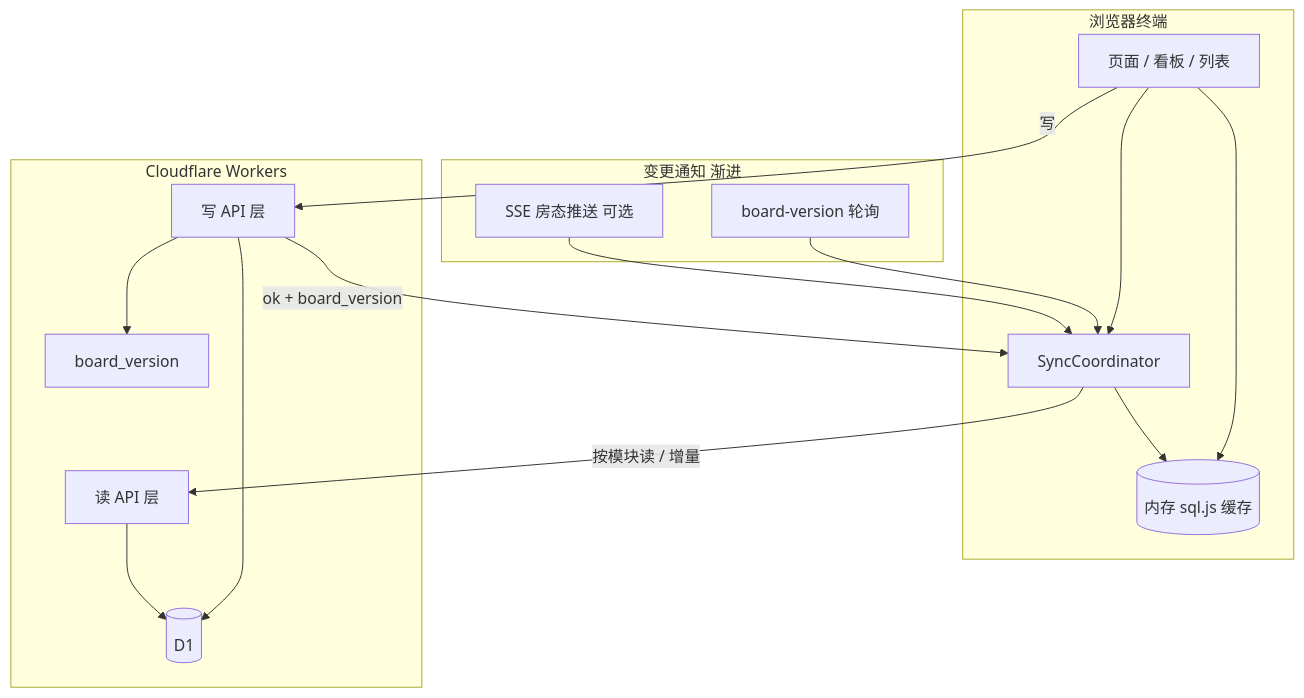
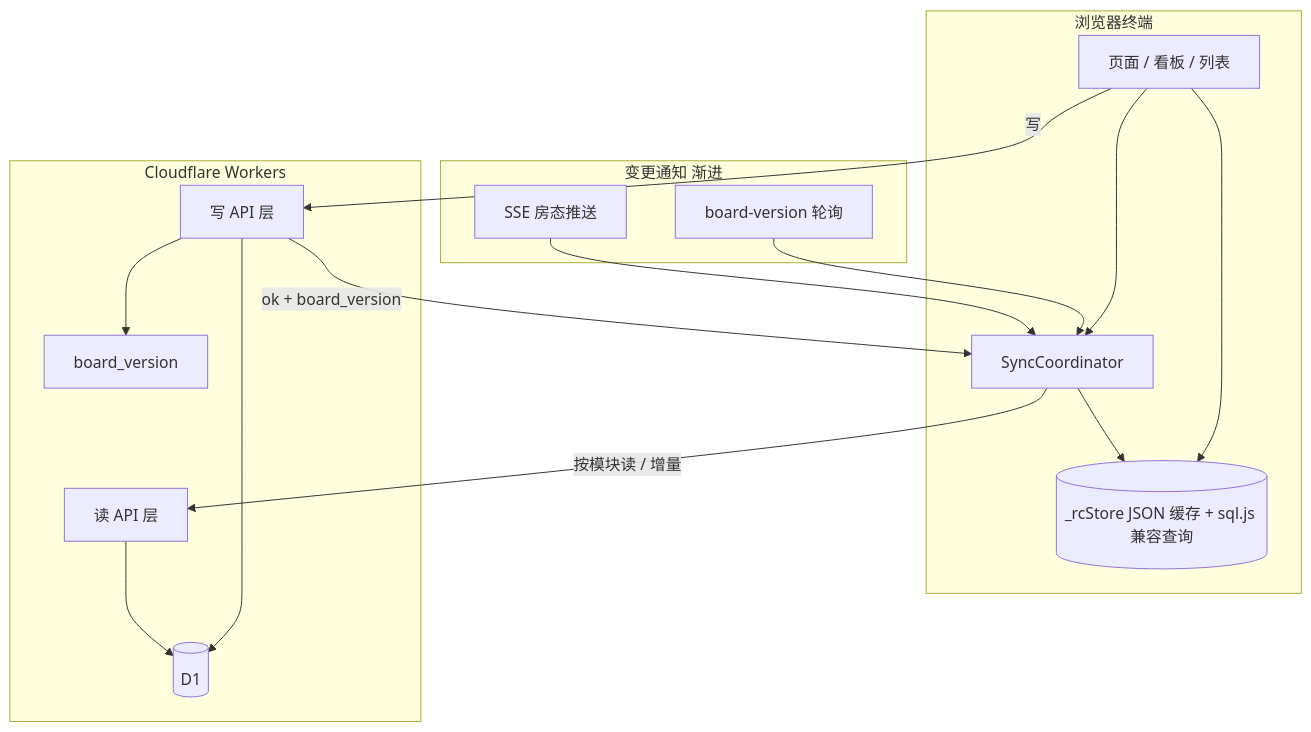
One commit to Abe-Junwei/Ketang changed the diagram in docs/architecture/sync-read-model-v2.md. Above: the diagram before and after it, drawn with Mermaid. The commit also changed other lines of this file and 13 other files, not shown here.

````diff
--- a/docs/architecture/sync-read-model-v2.md
+++ b/docs/architecture/sync-read-model-v2.md
@@ -53,31 +53,31 @@
 ```mermaid
 flowchart TB
   subgraph clients [浏览器终端]
     UI[页面 / 看板 / 列表]
-    Cache[(内存 sql.js 缓存)]
+    Cache[(_rcStore JSON 缓存 + sql.js 兼容查询)]
     Sync[SyncCoordinator]
     UI --> Cache
     Sync --> Cache
     UI --> Sync
   end
 
   subgraph edge [Cloudflare Workers]
     WAPI[写 API 层]
     RAPI[读 API 层]
     BV[board_version]
     WAPI --> D1[(D1)]
     RAPI --> D1
     WAPI --> BV
   end
 
   subgraph notify [变更通知 渐进]
     Poll[board-version 轮询]
-    SSE[SSE 房态推送 可选]
+    SSE[SSE 房态推送]
     Poll --> Sync
     SSE --> Sync
   end
 
   UI -->|写| WAPI
   Sync -->|按模块读 / 增量| RAPI
   WAPI -->|ok + board_version| Sync
 ```
````
